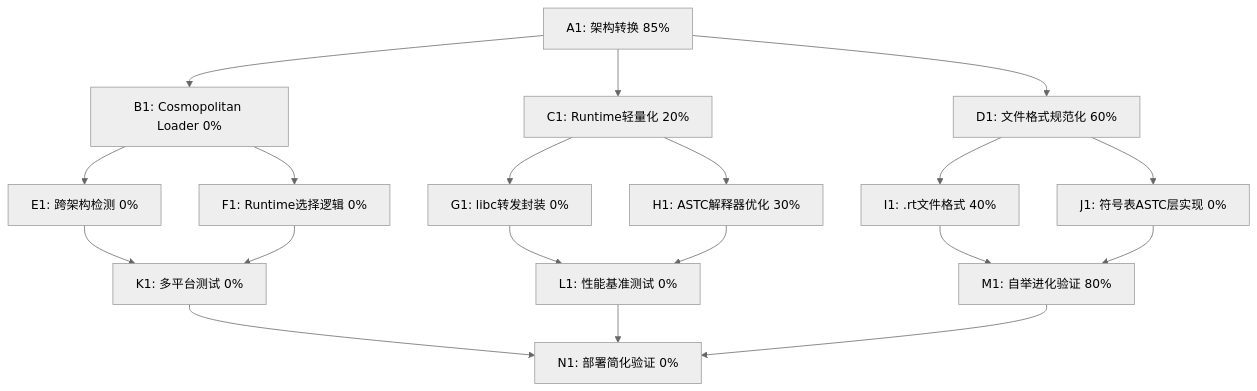
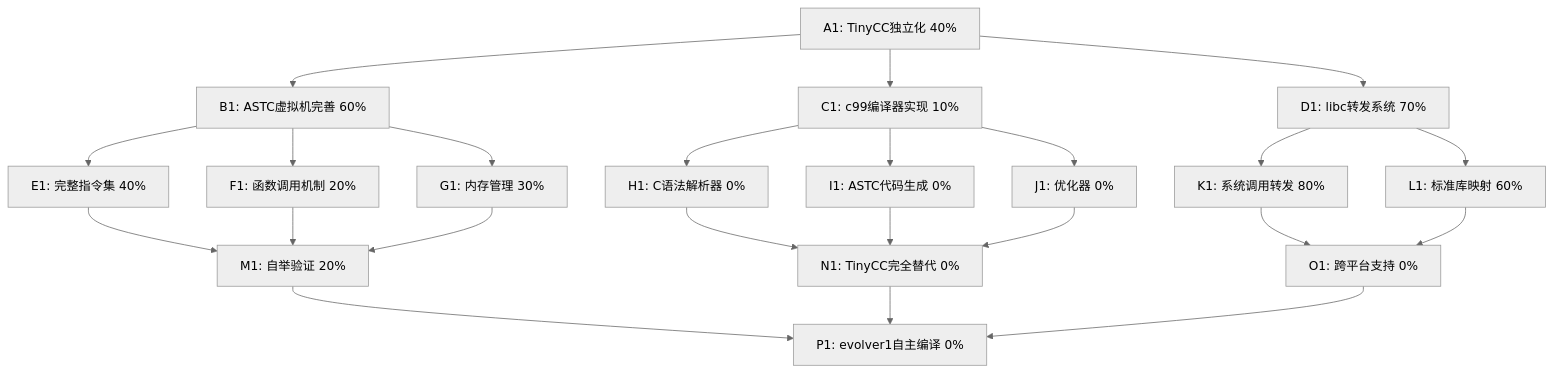
One commit to wanjochan/self-evolve-ai changed the second of 2 diagrams in docs/plan.md. Above: the diagram before and after it, drawn with Mermaid (neutral theme). The commit also changed other lines of this file and 18 other files, not shown here.

````diff
--- a/docs/plan.md
+++ b/docs/plan.md
@@ -171,26 +171,29 @@
 ```mermaid
 graph TD
-    A[A1: 架构转换 85%] --> B[B1: Cosmopolitan Loader 0%]
-    A --> C[C1: Runtime轻量化 20%]
-    A --> D[D1: 文件格式规范化 60%]
+    A[A1: TinyCC独立化 40%] --> B[B1: ASTC虚拟机完善 60%]
+    A --> C[C1: c99编译器实现 10%]
+    A --> D[D1: libc转发系统 70%]
 
-    B --> E[E1: 跨架构检测 0%]
-    B --> F[F1: Runtime选择逻辑 0%]
+    B --> E[E1: 完整指令集 40%]
+    B --> F[F1: 函数调用机制 20%]
+    B --> G[G1: 内存管理 30%]
 
-    C --> G[G1: libc转发封装 0%]
-    C --> H[H1: ASTC解释器优化 30%]
+    C --> H[H1: C语法解析器 0%]
+    C --> I[I1: ASTC代码生成 0%]
+    C --> J[J1: 优化器 0%]
 
-    D --> I[I1: .rt文件格式 40%]
-    D --> J[J1: 符号表ASTC层实现 0%]
+    D --> K[K1: 系统调用转发 80%]
+    D --> L[L1: 标准库映射 60%]
 
-    E --> K[K1: 多平台测试 0%]
-    F --> K
-    G --> L[L1: 性能基准测试 0%]
-    H --> L
-
-    I --> M[M1: 自举进化验证 80%]
-    J --> M
-    K --> N[N1: 部署简化验证 0%]
-    L --> N
-    M --> N
+    E --> M[M1: 自举验证 20%]
+    F --> M
+    G --> M
+    H --> N[N1: TinyCC完全替代 0%]
+    I --> N
+    J --> N
+    K --> O[O1: 跨平台支持 0%]
+    L --> O
+    M --> P[P1: evolver1自主编译 0%]
+    N --> P
+    O --> P
 ```
````
